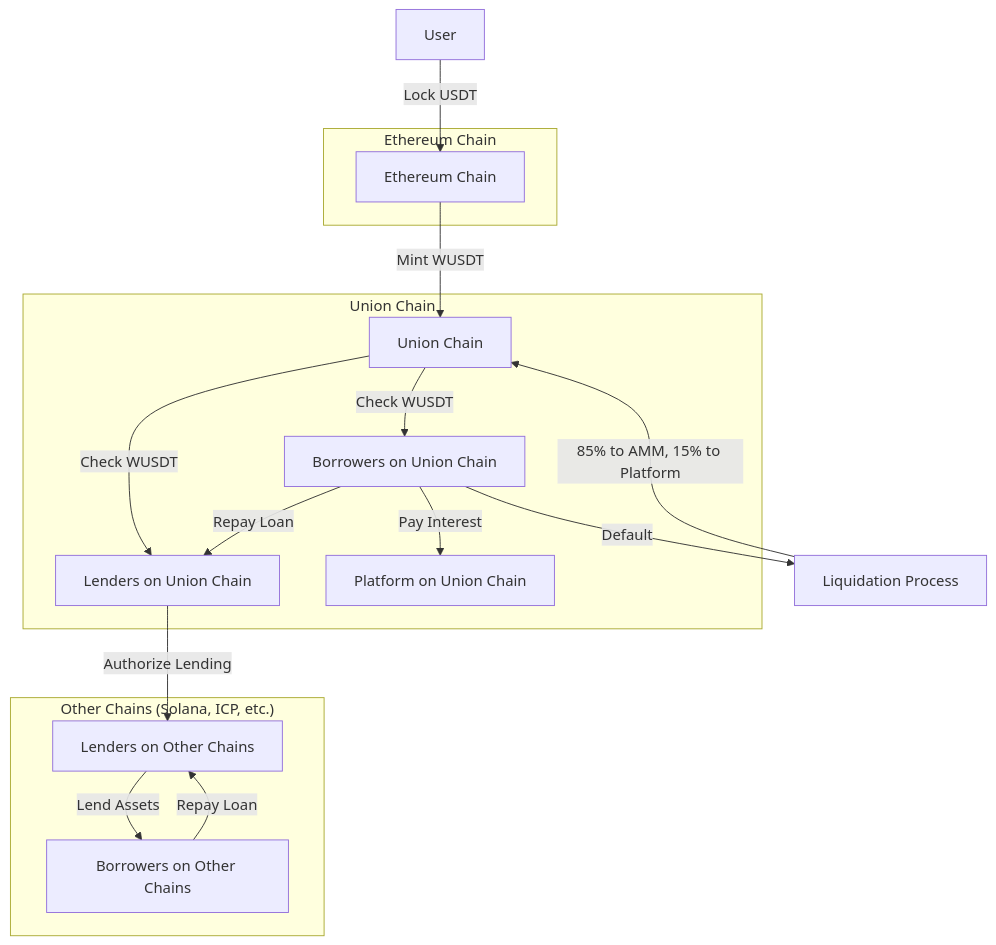
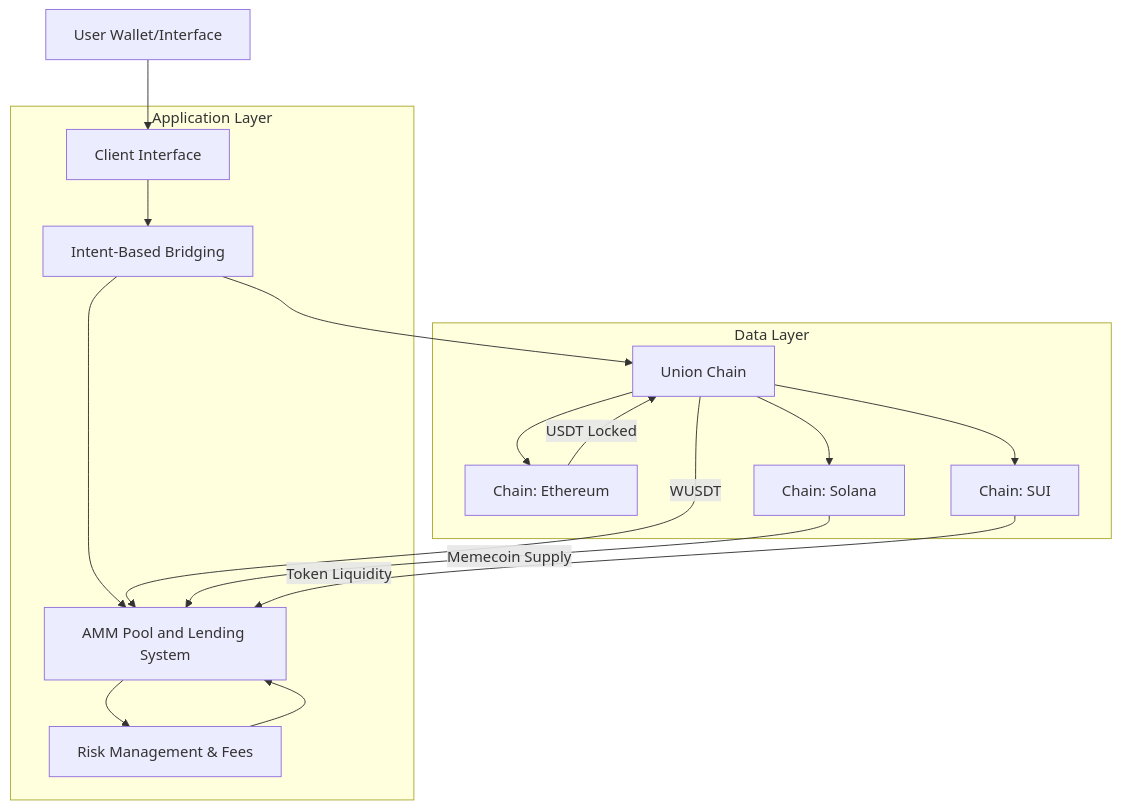
The diagram in README.md (amschel99/Strion), drawn with Mermaid before and after one commit.

````diff
--- a/README.md
+++ b/README.md
@@ -67,43 +67,38 @@
 ```mermaid
-graph TD
-    %% Ethereum Chain where USDT is locked
-    User -->|Lock USDT| Ethereum[Ethereum Chain]
-    Ethereum -->|Mint WUSDT| UnionChain[Union Chain]
 
-    %% AMMs and Borrowers check WUSDT on Union Chain
-    UnionChain -->|Check WUSDT| AMMs_Union[Lenders on Union Chain]
-    UnionChain -->|Check WUSDT| Borrowers_Union[Borrowers on Union Chain]
+flowchart TD
+    %% Presentation Layer
+    User[User Wallet/Interface] --> PlatformUI[Client Interface]
 
-    %% AMMs lend assets to borrowers on other chains
-    AMMs_Union -->|Authorize Lending| AMMs_Other[Lenders on Other Chains]
-    AMMs_Other -->|Lend Assets| Borrowers_Other[Borrowers on Other Chains]
-
-    %% Borrower repays loan with interest
-    Borrowers_Other -->|Repay Loan| AMMs_Other
-    Borrowers_Union -->|Repay Loan| AMMs_Union
-
-    %% Liquidation in case of default
-    Borrowers_Union -->|Default| Liquidation[Liquidation Process]
-    Liquidation -->|85% to AMM, 15% to Platform| UnionChain
-
-    %% Platform receives a portion of interest or liquidation penalty
-    Borrowers_Union -->|Pay Interest| Platform[Platform on Union Chain]
-
-    %% Subgraphs for different chains
-    subgraph "Ethereum Chain"
-        Ethereum
-    end
-    
-    subgraph "Union Chain"
-        UnionChain
-        Platform
-        AMMs_Union
-        Borrowers_Union
-    end
-    
-    subgraph "Other Chains (Solana, ICP, etc.)"
-        AMMs_Other
-        Borrowers_Other
+    %% Application Layer (Union Platform Services)
+    subgraph Application Layer
+        PlatformUI --> IntentModule[Intent-Based Bridging]
+        IntentModule --> AMM[AMM Pool and Lending System]
+        AMM --> RiskModule[Risk Management & Fees]
     end
 
+    %% Data Layer (Blockchain Networks)
+    subgraph Data Layer
+        UnionChain[Union Chain]
+        Ethereum[Chain: Ethereum]
+        Solana[Chain: Solana]
+        SUI[Chain: SUI]
+    end
+
+    %% Connect application components to data layer
+    IntentModule --> UnionChain
+    UnionChain --> Ethereum
+    UnionChain --> Solana
+    UnionChain --> SUI
+    
+    %% Cross-chain interactions
+    Ethereum -- USDT Locked --> UnionChain
+    UnionChain -- WUSDT --> AMM
+    Solana -- Memecoin Supply --> AMM
+    SUI -- Token Liquidity --> AMM
+    
+    %% Fees & Liquidation Flow
+    RiskModule --> AMM
+
+
  ```
````
